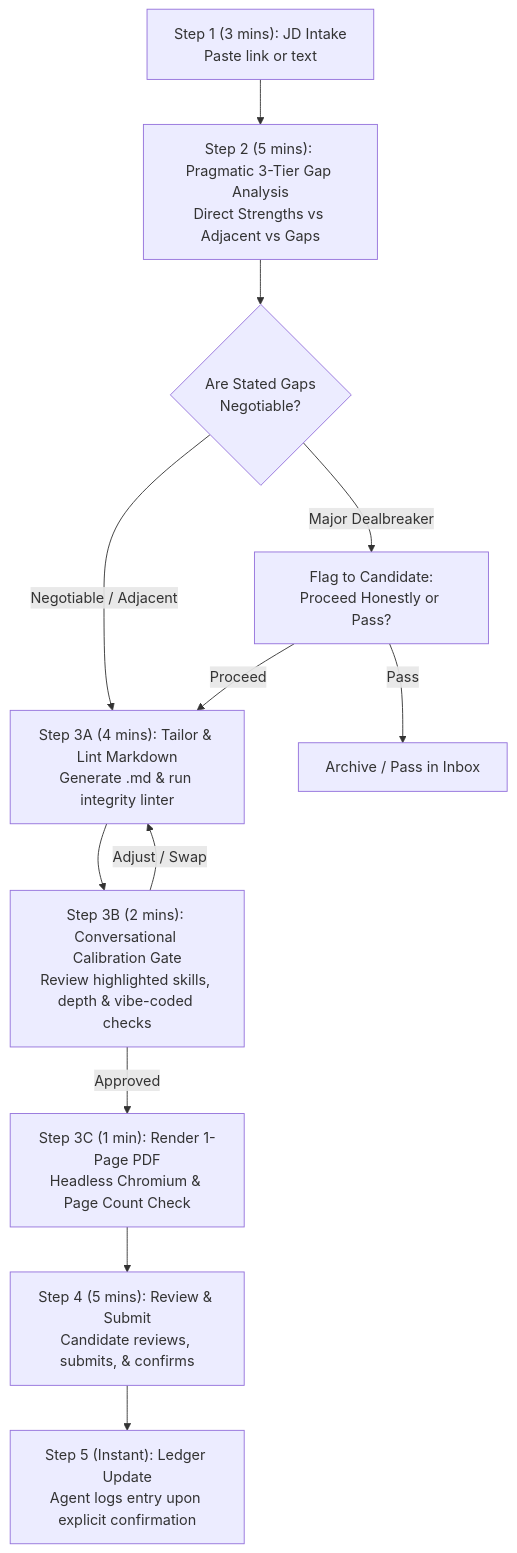
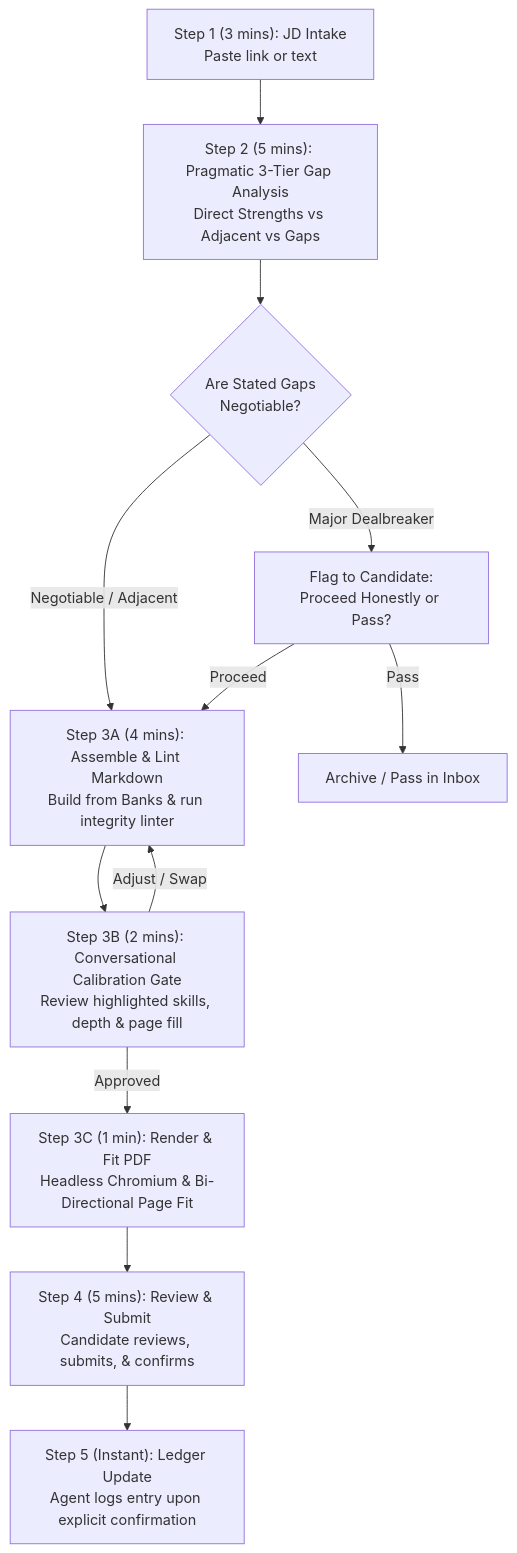
The diagram in workflows/job_hunt_workflow.md (clangdanggames/agentic-career-engine), drawn with Mermaid before and after one commit. The commit also changed other lines of this file and 23 other files, not shown here.

Commit message:
feat(architecture): implement bank-first career stores, bi-directional PDF page fitting, and career-ingestion skill

````diff
--- a/workflows/job_hunt_workflow.md
+++ b/workflows/job_hunt_workflow.md
@@ -93,14 +92,14 @@
 ```mermaid
 flowchart TD
     Step1["Step 1 (3 mins): JD Intake\nPaste link or text"] --> Step2["Step 2 (5 mins): Pragmatic 3-Tier Gap Analysis\nDirect Strengths vs Adjacent vs Gaps"]
     Step2 --> Gate{"Are Stated Gaps\nNegotiable?"}
     Gate -- "Major Dealbreaker" --> Review["Flag to Candidate:\nProceed Honestly or Pass?"]
-    Gate -- "Negotiable / Adjacent" --> Step3A["Step 3A (4 mins): Tailor & Lint Markdown\nGenerate .md & run integrity linter"]
+    Gate -- "Negotiable / Adjacent" --> Step3A["Step 3A (4 mins): Assemble & Lint Markdown\nBuild from Banks & run integrity linter"]
     Review -- "Proceed" --> Step3A
     Review -- "Pass" --> Archive["Archive / Pass in Inbox"]
-    Step3A --> Step3B["Step 3B (2 mins): Conversational Calibration Gate\nReview highlighted skills, depth & vibe-coded checks"]
+    Step3A --> Step3B["Step 3B (2 mins): Conversational Calibration Gate\nReview highlighted skills, depth & page fill"]
     Step3B -- "Adjust / Swap" --> Step3A
-    Step3B -- "Approved" --> Step3C["Step 3C (1 min): Render 1-Page PDF\nHeadless Chromium & Page Count Check"]
+    Step3B -- "Approved" --> Step3C["Step 3C (1 min): Render & Fit PDF\nHeadless Chromium & Bi-Directional Page Fit"]
     Step3C --> Step4["Step 4 (5 mins): Review & Submit\nCandidate reviews, submits, & confirms"]
     Step4 --> Log["Step 5 (Instant): Ledger Update\nAgent logs entry upon explicit confirmation"]
 ```
````
